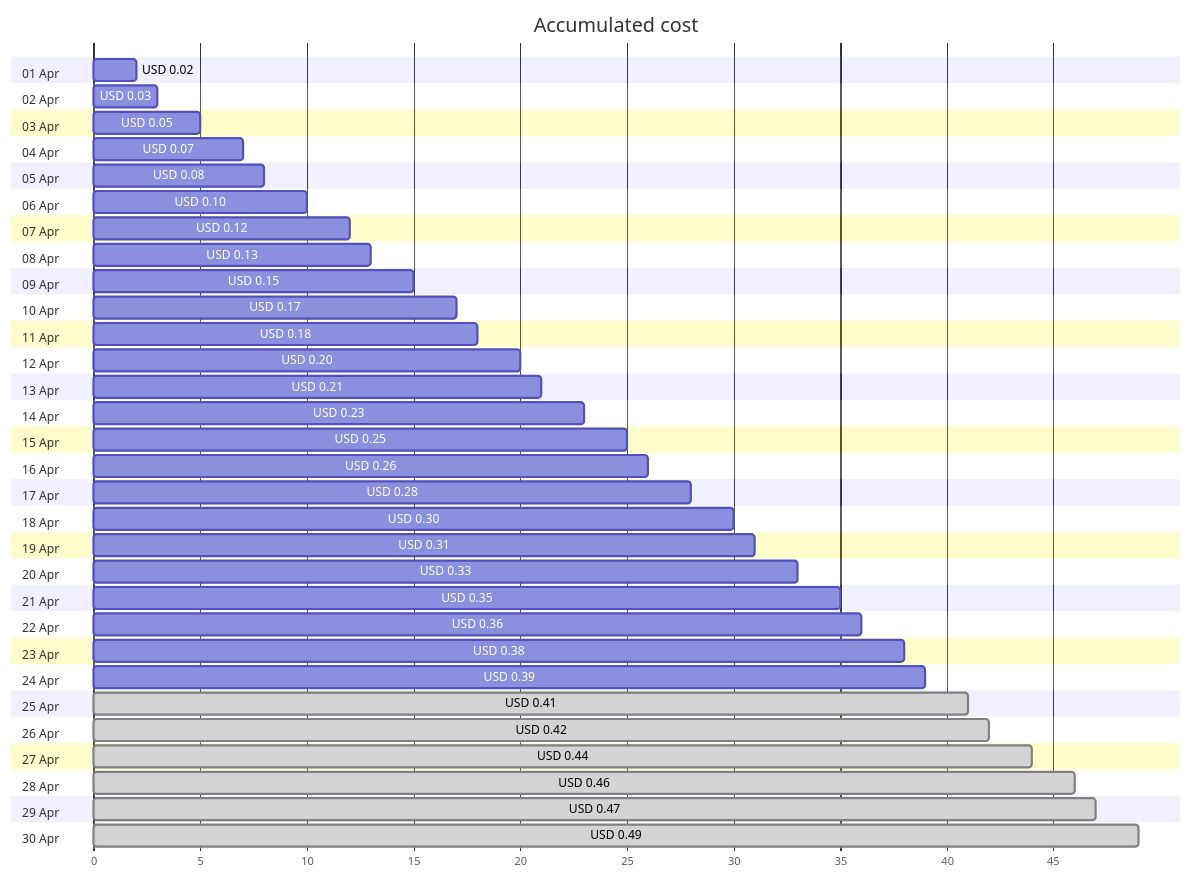
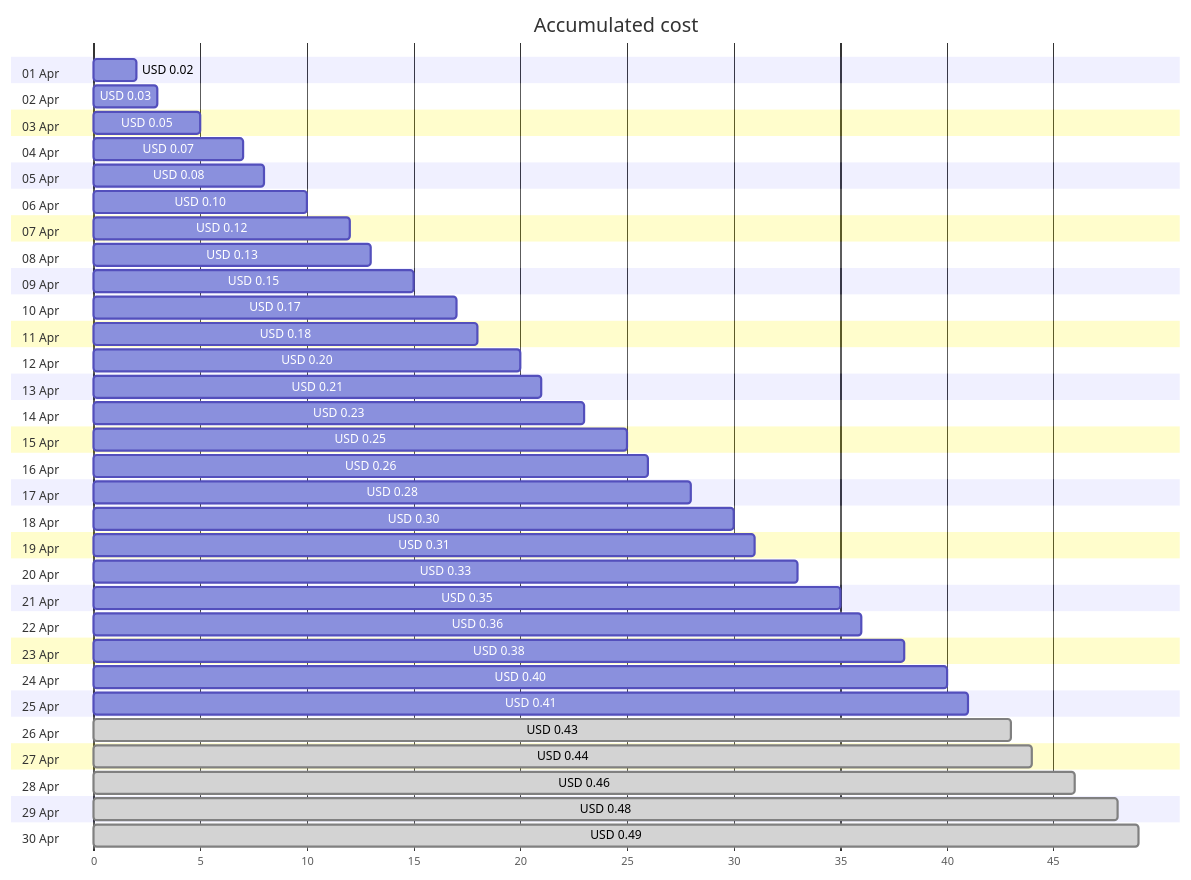
One commit to jpfulton/azure-personal-reports changed the first of 4 diagrams in cost-reports/personal-dns/jpatrickfulton.dev.md. Above: the diagram before and after it, drawn with Mermaid. The commit also changed other lines of this file and 2 other files, not shown here.

````diff
--- a/cost-reports/personal-dns/jpatrickfulton.dev.md
+++ b/cost-reports/personal-dns/jpatrickfulton.dev.md
@@ -20,66 +20,66 @@
 ```mermaid
 gantt
    title Accumulated cost
    dateFormat  X
    axisFormat %s
    section 01 Apr
    USD 0.02 :0, 2
    section 02 Apr
    USD 0.03 :0, 3
    section 03 Apr
    USD 0.05 :0, 5
    section 04 Apr
    USD 0.07 :0, 7
    section 05 Apr
    USD 0.08 :0, 8
    section 06 Apr
    USD 0.10 :0, 10
    section 07 Apr
    USD 0.12 :0, 12
    section 08 Apr
    USD 0.13 :0, 13
    section 09 Apr
    USD 0.15 :0, 15
    section 10 Apr
    USD 0.17 :0, 17
    section 11 Apr
    USD 0.18 :0, 18
    section 12 Apr
    USD 0.20 :0, 20
    section 13 Apr
    USD 0.21 :0, 21
    section 14 Apr
    USD 0.23 :0, 23
    section 15 Apr
    USD 0.25 :0, 25
    section 16 Apr
    USD 0.26 :0, 26
    section 17 Apr
    USD 0.28 :0, 28
    section 18 Apr
    USD 0.30 :0, 30
    section 19 Apr
    USD 0.31 :0, 31
    section 20 Apr
    USD 0.33 :0, 33
    section 21 Apr
    USD 0.35 :0, 35
    section 22 Apr
    USD 0.36 :0, 36
    section 23 Apr
    USD 0.38 :0, 38
    section 24 Apr
-   USD 0.39 :0, 39
+   USD 0.40 :0, 40
    section 25 Apr
-   USD 0.41 : done, 0, 41
+   USD 0.41 :0, 41
    section 26 Apr
-   USD 0.42 : done, 0, 42
+   USD 0.43 : done, 0, 43
    section 27 Apr
    USD 0.44 : done, 0, 44
    section 28 Apr
    USD 0.46 : done, 0, 46
    section 29 Apr
-   USD 0.47 : done, 0, 47
+   USD 0.48 : done, 0, 48
    section 30 Apr
    USD 0.49 : done, 0, 49
 ```
````
